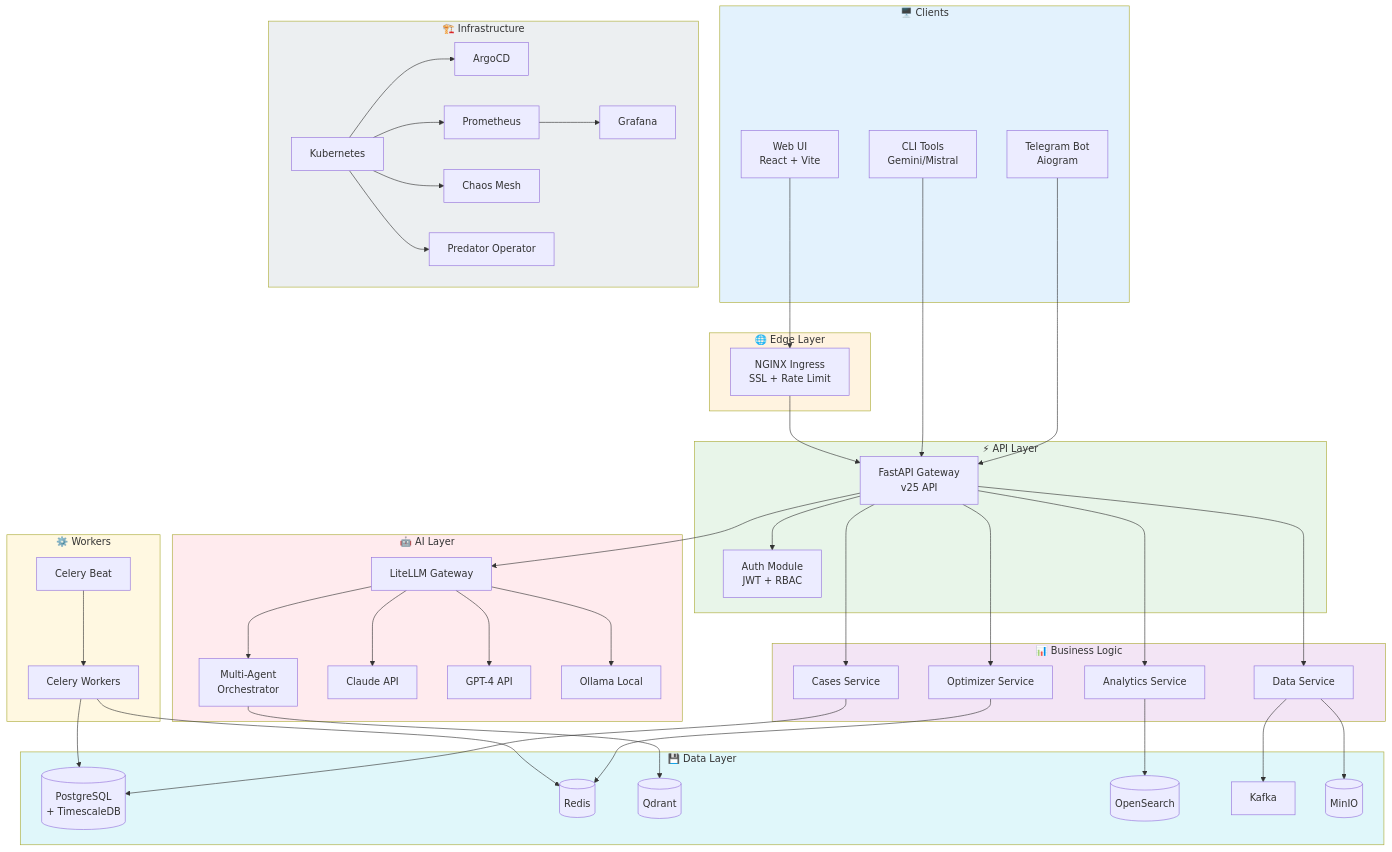
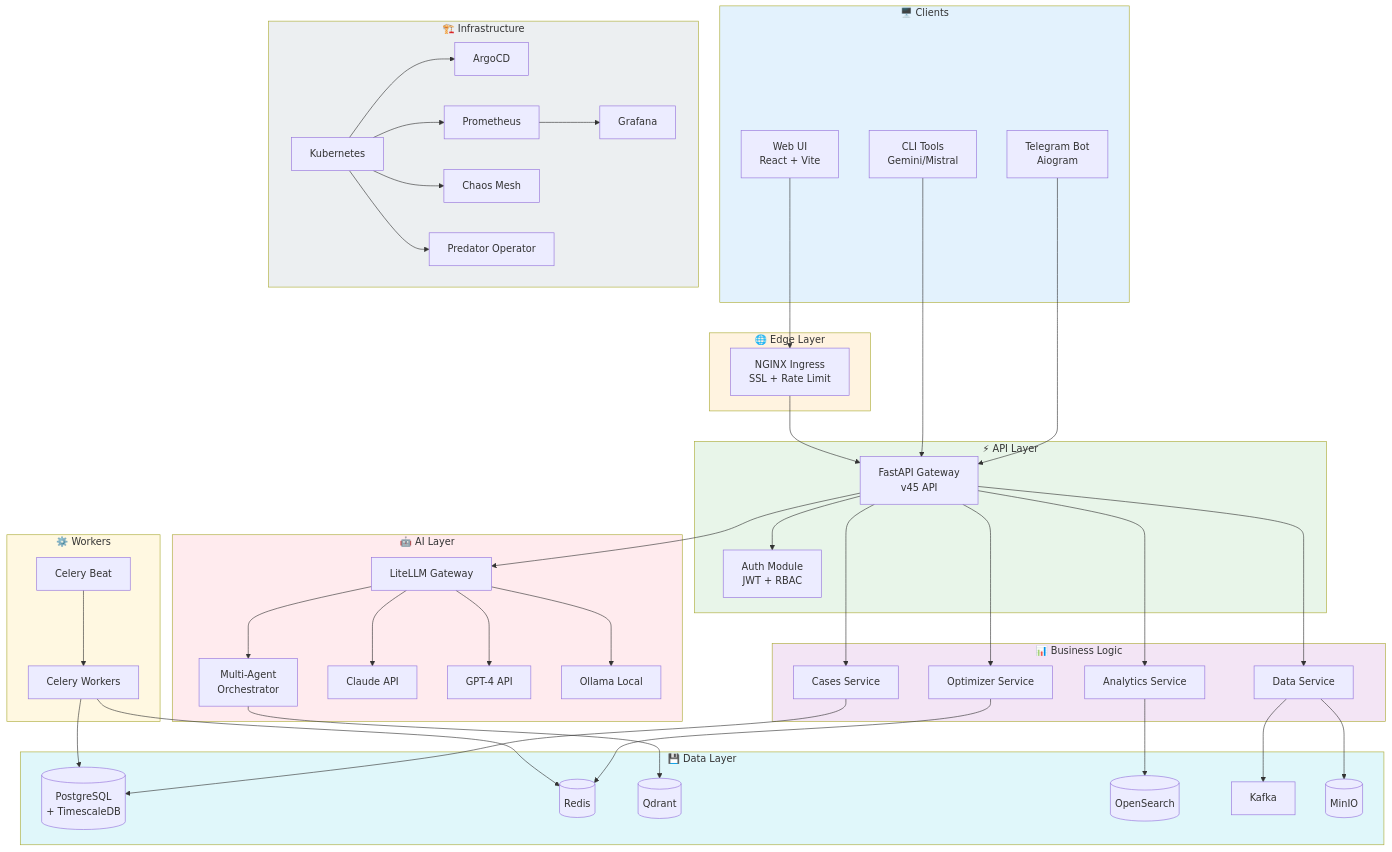
One commit to dima1203oleg/predator-analytics changed the diagram in docs/v25-spec/diagrams/architecture-overview.md. Above: the diagram before and after it, drawn with Mermaid. The commit also changed other lines of this file and 3517 other files, not shown here.

```diff
--- a/docs/v25-spec/diagrams/architecture-overview.md
+++ b/docs/v25-spec/diagrams/architecture-overview.md
@@ -178,7 +178,7 @@
     end
 
     subgraph API["⚡ API Layer"]
-        Gateway[FastAPI Gateway<br/>v25 API]
+        Gateway[FastAPI Gateway<br/>v45 API]
         Auth[Auth Module<br/>JWT + RBAC]
     end
 
```
